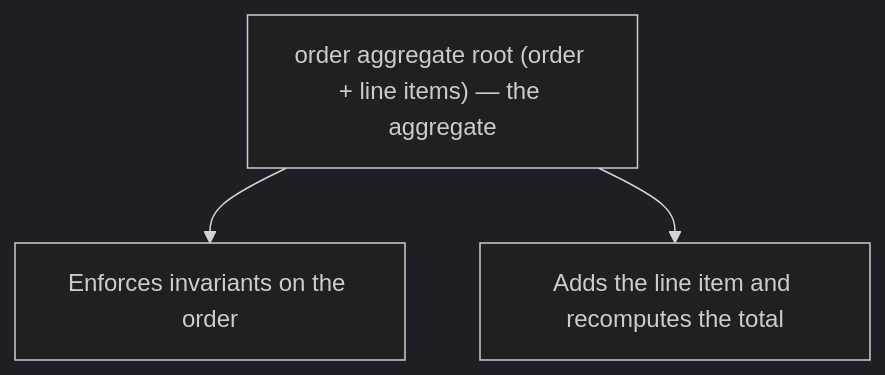
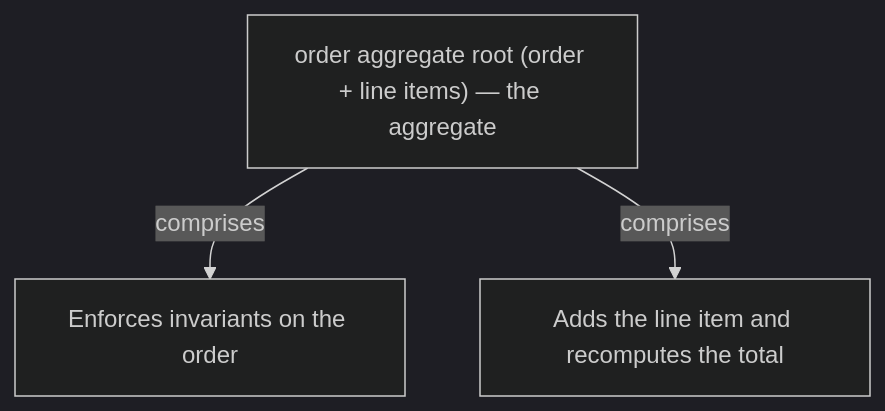
One commit to vinayakuber/microservices-io-study-guide changed the fifth of 13 diagrams in docs/ch16-aggregate.md. Above: the diagram before and after it, drawn with Mermaid (dark theme). The commit also changed other lines of this file and 71 other files, not shown here.

First line of the commit message:
R18: label every diagram arrow with its meaning

````diff
--- a/docs/ch16-aggregate.md
+++ b/docs/ch16-aggregate.md
@@ -195,6 +195,6 @@
 ```mermaid
 flowchart TD
   R["order aggregate root (order + line items) — the aggregate"]
-  R --> P0["Enforces invariants on the order"]
-  R --> P1["Adds the line item and recomputes the total"]
+  R -->|"comprises"| P0["Enforces invariants on the order"]
+  R -->|"comprises"| P1["Adds the line item and recomputes the total"]
 ```
````
